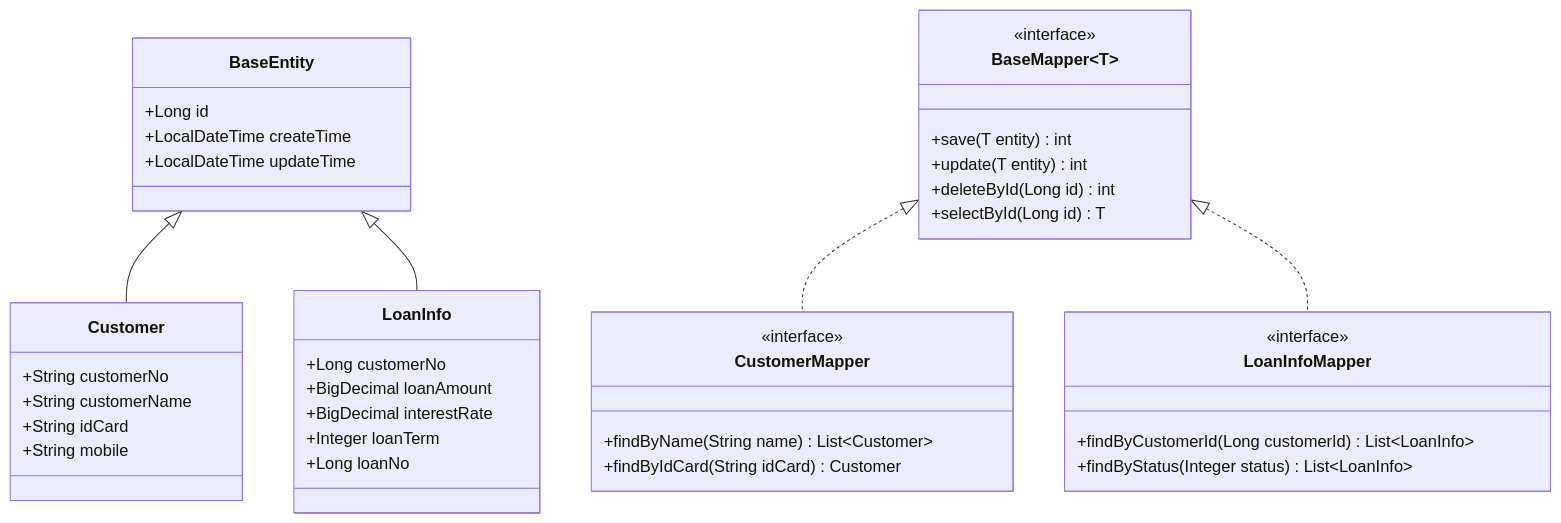
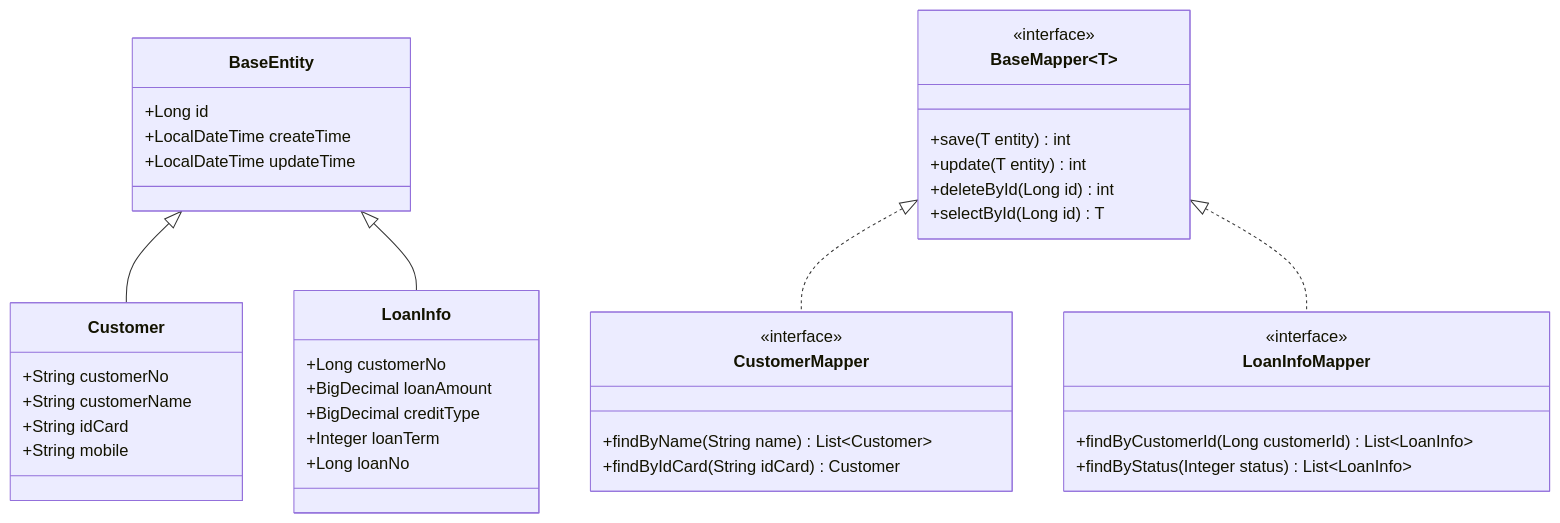
The diagram in all/未命名.md (skyopk/iodraw-files), drawn with Mermaid before and after one commit.

Commit message:
2025-03-25 08:51:30 update

````diff
--- a/all/未命名.md
+++ b/all/未命名.md
@@ -1,48 +1,48 @@
 ```mermaid
 classDiagram
     class BaseEntity {
         +Long id
         +LocalDateTime  createTime
         +LocalDateTime  updateTime
     }
     
     class BaseMapper~T~ {
         <<interface>>
         +save(T entity) int
         +update(T entity) int
         +deleteById(Long id) int
         +selectById(Long id) T
     }
     
     class Customer {
         +String customerNo
         +String customerName
         +String idCard
         +String mobile
     }
     
     class LoanInfo {
         +Long customerNo
         +BigDecimal loanAmount
-        +BigDecimal interestRate
+        +BigDecimal creditType
         +Integer loanTerm
         +Long loanNo
     }
     
     class CustomerMapper {
         <<interface>>
         +findByName(String name) List~Customer~
         +findByIdCard(String idCard) Customer
     }
     
     class LoanInfoMapper {
         <<interface>>
         +findByCustomerId(Long customerId) List~LoanInfo~
         +findByStatus(Integer status) List~LoanInfo~
     }
     
     BaseEntity <|-- Customer
     BaseEntity <|-- LoanInfo
     BaseMapper~BaseEntity~ <|.. CustomerMapper
     BaseMapper~BaseEntity~ <|.. LoanInfoMapper
 ```
````
